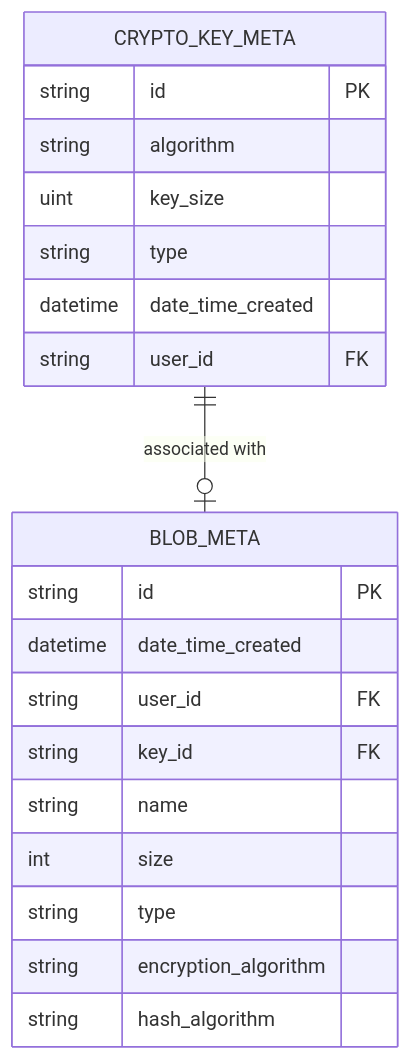
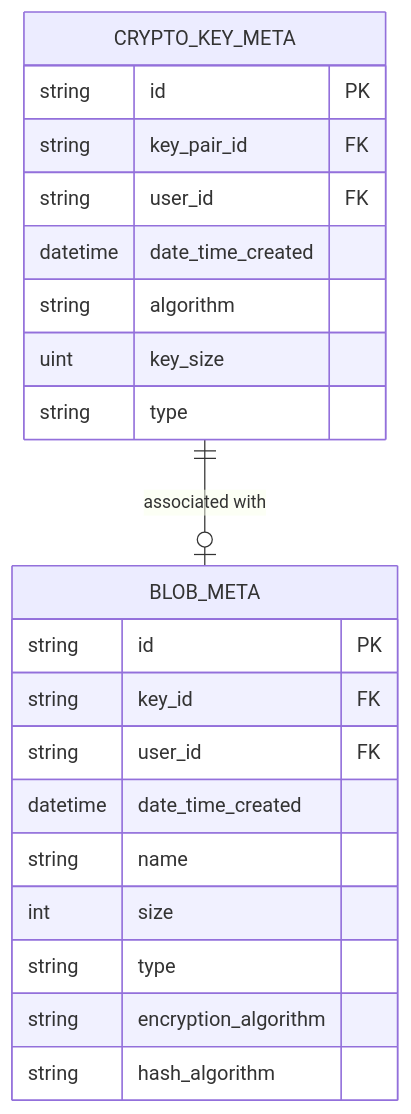
One commit to MGTheTrain/crypto-vault-service changed the diagram in docs/diagrams/erd.mmd. Above: the diagram before and after it, drawn with Mermaid. The commit also changed 1 other file, not shown here.

Commit message:
update ADR document and EDR diagram-as-code

```diff
--- a/docs/diagrams/erd.mmd
+++ b/docs/diagrams/erd.mmd
@@ -1,23 +1,24 @@
 erDiagram
     CRYPTO_KEY_META {
         string id PK
+        string key_pair_id FK
+        string user_id FK
+        datetime date_time_created
         string algorithm
         uint key_size
         string type
-        datetime date_time_created
-        string user_id FK
     }
 
     BLOB_META {
         string id PK
+        string key_id FK
+        string user_id FK
         datetime date_time_created
-        string user_id FK
-        string key_id FK
         string name
         int size
         string type
         string encryption_algorithm
         string hash_algorithm
     }
 
     CRYPTO_KEY_META ||--o| BLOB_META : "associated with"
```
